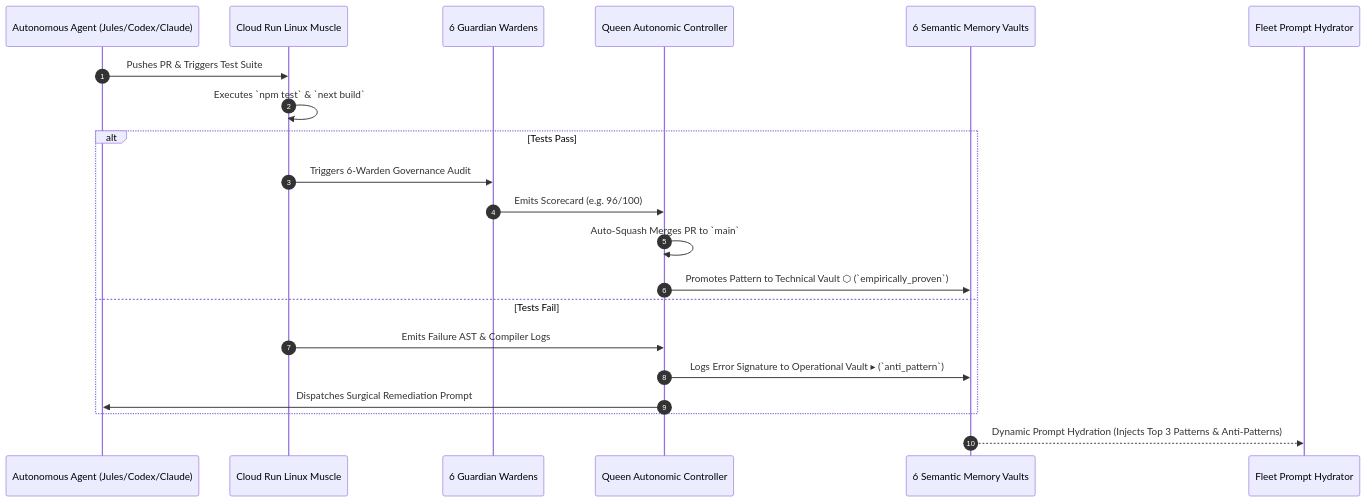
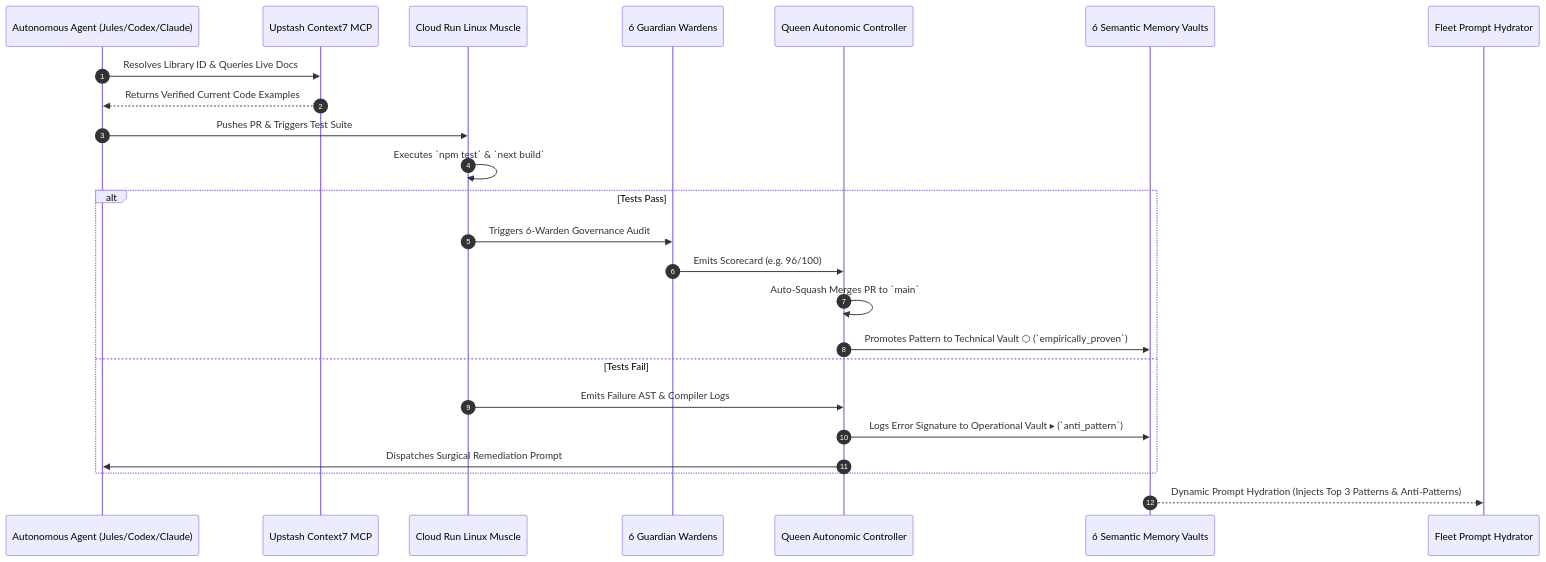
The second of 2 diagrams in docs/architecture/starlight-sovereign-startup-swarm-os.md (frankxai/Starlight-Intelligence-System), drawn with Mermaid before and after one commit. The commit also changed other lines of this file and 6 other files, not shown here.

````diff
--- a/docs/architecture/starlight-sovereign-startup-swarm-os.md
+++ b/docs/architecture/starlight-sovereign-startup-swarm-os.md
@@ -165,24 +245,27 @@
 ```mermaid
 sequenceDiagram
     autonumber
     participant Agent as Autonomous Agent (Jules/Codex/Claude)
+    participant C7 as Upstash Context7 MCP
     participant Runner as Cloud Run Linux Muscle
     participant Wardens as 6 Guardian Wardens
     participant Queen as Queen Autonomic Controller
     participant Vaults as 6 Semantic Memory Vaults
     participant Fleet as Fleet Prompt Hydrator
 
+    Agent->>C7: Resolves Library ID & Queries Live Docs
+    C7-->>Agent: Returns Verified Current Code Examples
     Agent->>Runner: Pushes PR & Triggers Test Suite
     Runner->>Runner: Executes `npm test` & `next build`
     alt Tests Pass
         Runner->>Wardens: Triggers 6-Warden Governance Audit
         Wardens->>Queen: Emits Scorecard (e.g. 96/100)
         Queen->>Queen: Auto-Squash Merges PR to `main`
         Queen->>Vaults: Promotes Pattern to Technical Vault ⬡ (`empirically_proven`)
     else Tests Fail
         Runner->>Queen: Emits Failure AST & Compiler Logs
         Queen->>Vaults: Logs Error Signature to Operational Vault ▸ (`anti_pattern`)
         Queen->>Agent: Dispatches Surgical Remediation Prompt
     end
     Vaults-->>Fleet: Dynamic Prompt Hydration (Injects Top 3 Patterns & Anti-Patterns)
 ```
````
